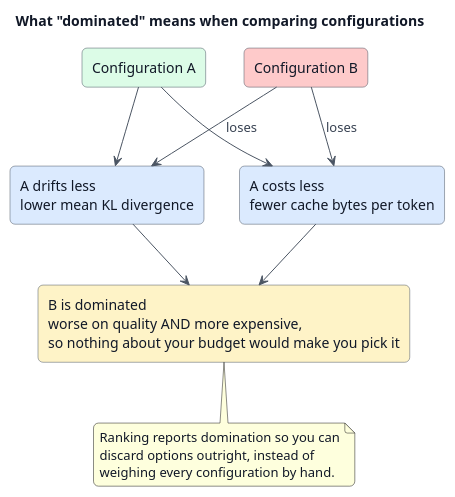
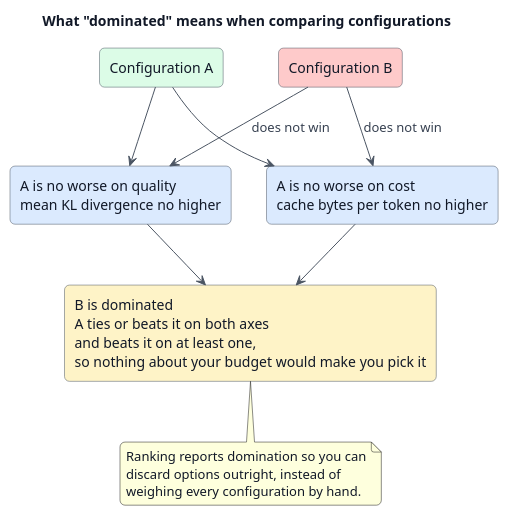
Before and after one commit to IonDen/mlx-quant-fidelity: the diagram in docs/assets/diagrams/pareto-domination.puml, drawn with PlantUML. The commit also changed 7 other files, not shown here.

```diff
--- a/docs/assets/diagrams/pareto-domination.puml
+++ b/docs/assets/diagrams/pareto-domination.puml
@@ -1,39 +1,39 @@
 @startuml
 title What "dominated" means when comparing configurations
 
 top to bottom direction
 
 skinparam backgroundColor #FFFFFF
 skinparam shadowing false
 skinparam roundCorner 10
 skinparam defaultFontName Helvetica
 skinparam defaultFontColor #111827
 skinparam ArrowColor #4B5563
 skinparam ArrowFontColor #374151
 skinparam rectangle {
   BorderColor #4B5563
   FontColor #111827
   BackgroundColor #F8FAFC
 }
 
 rectangle "Configuration A" as a #DCFCE7
 rectangle "Configuration B" as b #FECACA
 
-rectangle "A drifts less\nlower mean KL divergence" as q #DBEAFE
-rectangle "A costs less\nfewer cache bytes per token" as c #DBEAFE
+rectangle "A is no worse on quality\nmean KL divergence no higher" as q #DBEAFE
+rectangle "A is no worse on cost\ncache bytes per token no higher" as c #DBEAFE
 
-rectangle "B is dominated\nworse on quality AND more expensive,\nso nothing about your budget would make you pick it" as dom #FEF3C7
+rectangle "B is dominated\nA ties or beats it on both axes\nand beats it on at least one,\nso nothing about your budget would make you pick it" as dom #FEF3C7
 
 a -down-> q
 a -down-> c
-b -down-> q : loses
-b -down-> c : loses
+b -down-> q : does not win
+b -down-> c : does not win
 q -down-> dom
 c -down-> dom
 
 note bottom of dom
   Ranking reports domination so you can
   discard options outright, instead of
   weighing every configuration by hand.
 end note
 @enduml
```
